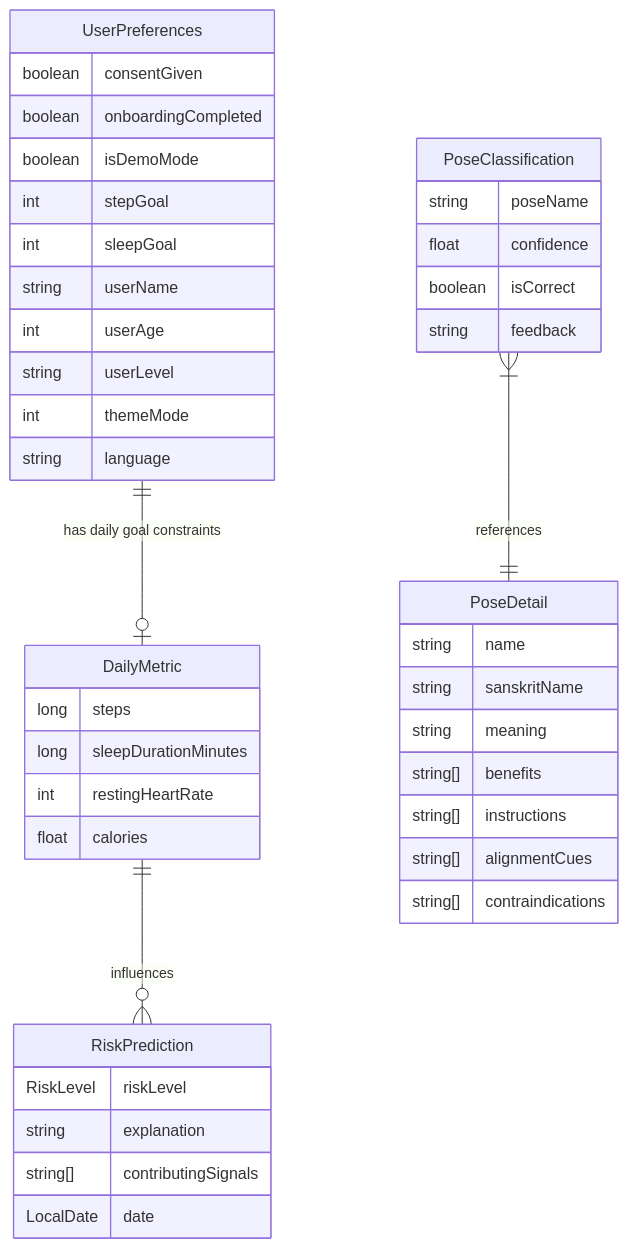
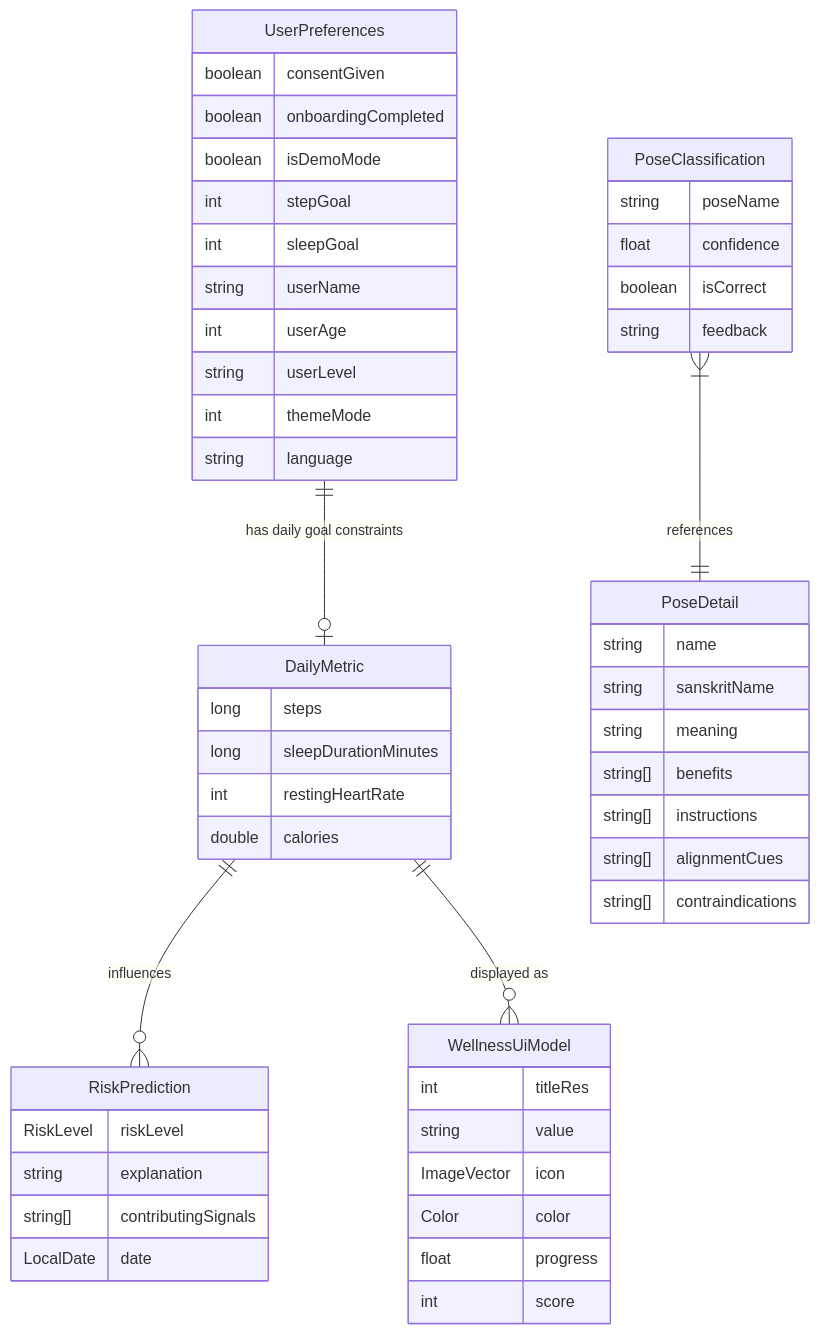
The diagram in README.md (agnihotripushkar/YogaAI), drawn with Mermaid before and after one commit. The commit also changed other lines of this file and 33 other files, not shown here.

````diff
--- a/README.md
+++ b/README.md
@@ -56,52 +175,60 @@
 ```mermaid
 erDiagram
-    %% Core Entities
     UserPreferences {
         boolean consentGiven
         boolean onboardingCompleted
         boolean isDemoMode
         int stepGoal
         int sleepGoal
         string userName
         int userAge
         string userLevel
         int themeMode
         string language
     }
 
     DailyMetric {
         long steps
         long sleepDurationMinutes
         int restingHeartRate
-        float calories
+        double calories
     }
 
     RiskPrediction {
         RiskLevel riskLevel
         string explanation
         string[] contributingSignals
         LocalDate date
+    }
+
+    WellnessUiModel {
+        int titleRes
+        string value
+        ImageVector icon
+        Color color
+        float progress
+        int score
     }
 
     PoseDetail {
         string name
         string sanskritName
         string meaning
         string[] benefits
         string[] instructions
         string[] alignmentCues
         string[] contraindications
     }
 
     PoseClassification {
         string poseName
         float confidence
         boolean isCorrect
         string feedback
     }
 
-    %% Logical Relationships
     UserPreferences ||--o| DailyMetric : "has daily goal constraints"
     DailyMetric ||--o{ RiskPrediction : "influences"
+    DailyMetric ||--o{ WellnessUiModel : "displayed as"
     PoseClassification }|--|| PoseDetail : "references"
 ```
````
